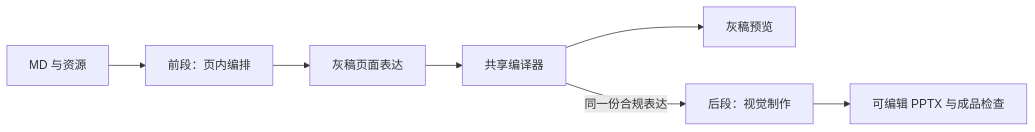
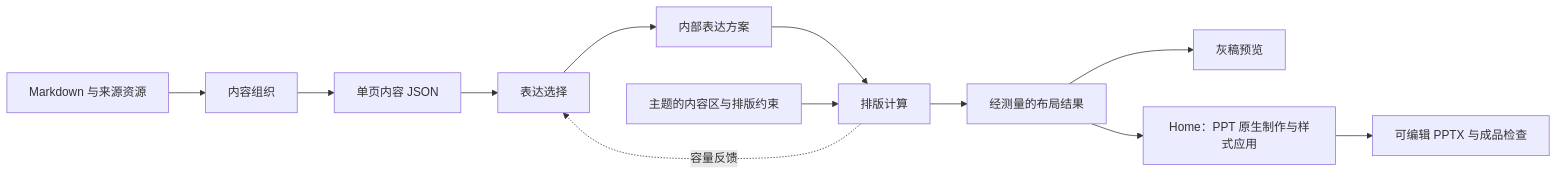
One commit to NEUwpy/PPagenT changed the diagram in harness/docs/架构.md. Above: the diagram before and after it, drawn with Mermaid. The commit also changed other lines of this file and 1450 other files, not shown here.

Commit message:
docs: checkpoint gray-draft architecture and trial evidence

````diff
--- a/harness/docs/架构.md
+++ b/harness/docs/架构.md
@@ -7,9 +7,14 @@
 ```mermaid
 flowchart LR
-    A[MD 与资源] --> B[前段：页内编排]
-    B --> C[灰稿页面表达]
-    C --> D[共享编译器]
-    D --> E[灰稿预览]
-    D -->|同一份合规表达| F[后段：视觉制作]
+    A[Markdown 与来源资源] --> P[内容组织]
+    P --> S[单页内容 JSON]
+    S --> V[表达选择]
+    V --> X[内部表达方案]
+    X --> D[排版计算]
+    T[主题的内容区与排版约束] --> D
+    D -. 容量反馈 .-> V
+    D --> L[经测量的布局结果]
+    L --> E[灰稿预览]
+    L --> F[Home：PPT 原生制作与样式应用]
     F --> G[可编辑 PPTX 与成品检查]
 ```
````
